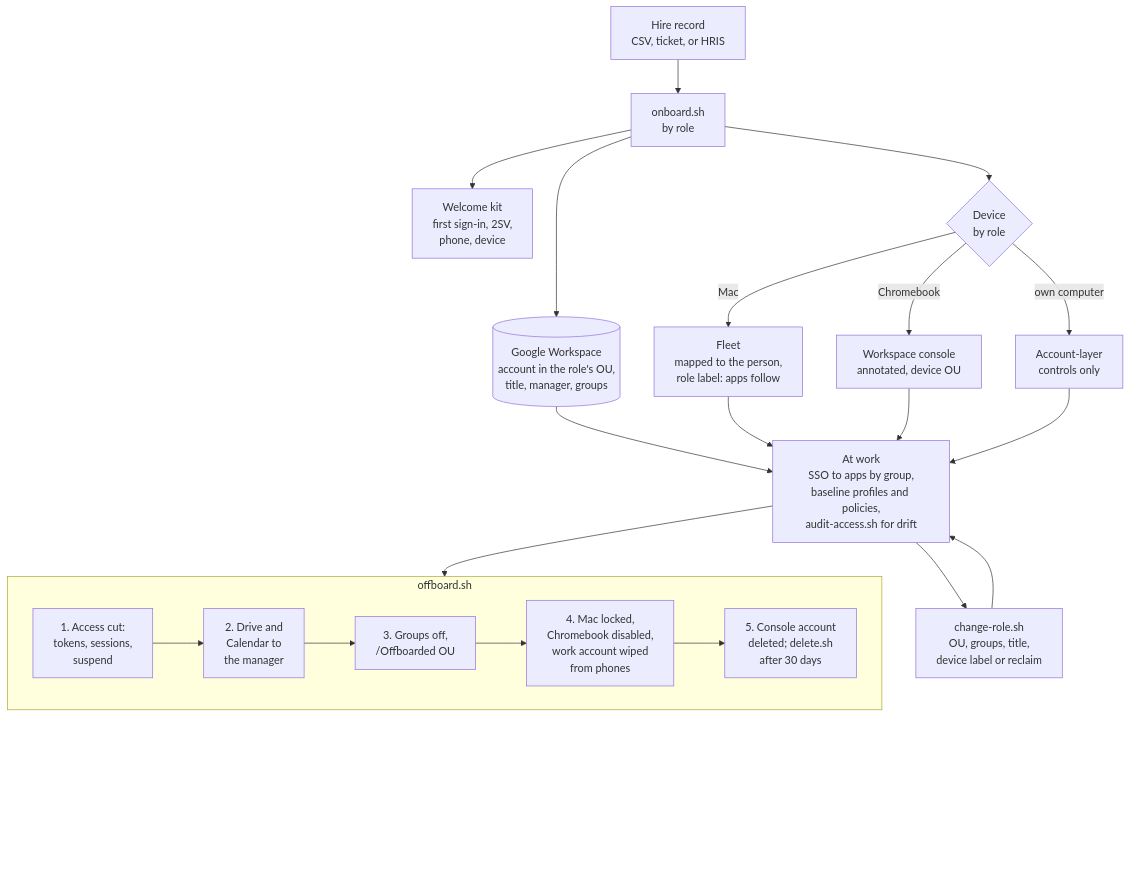
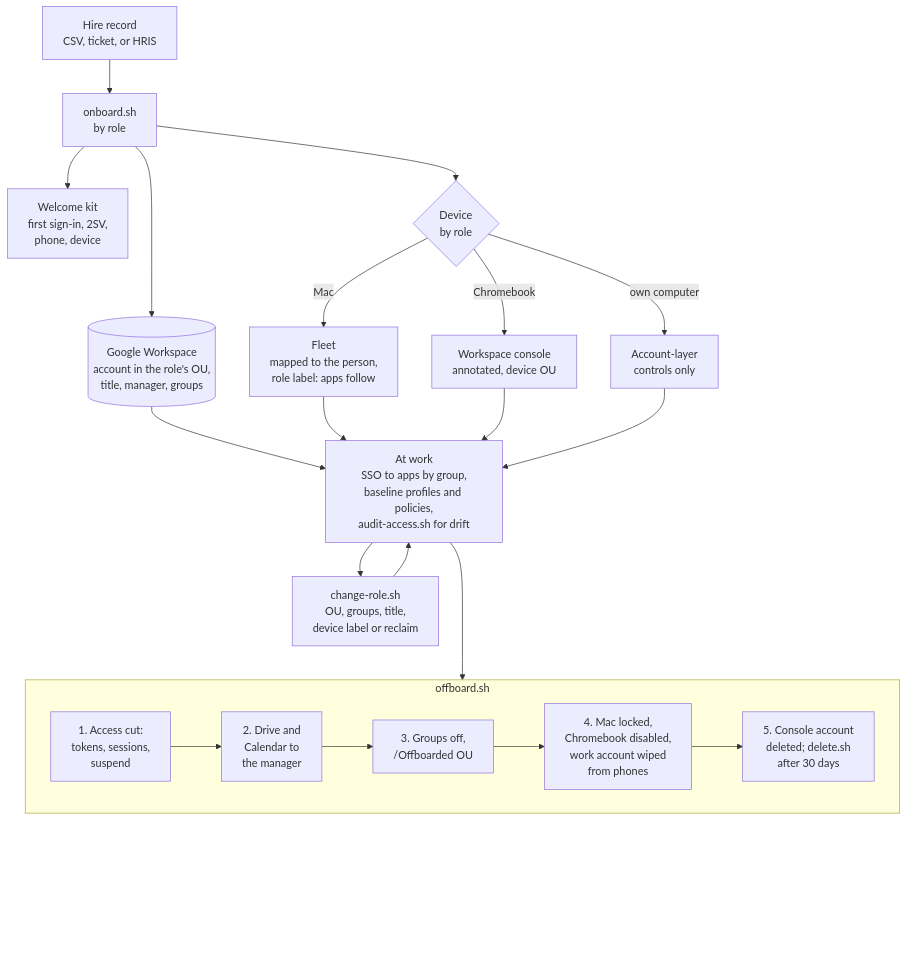
Before and after one commit to tjcollins321/endpoint-identity-lab: the diagram in README.md, drawn with Mermaid.

Commit message:
README: the offboarding row one tier below change-role.sh

````diff
--- a/README.md
+++ b/README.md
@@ -25,26 +25,26 @@
 ```mermaid
 flowchart TB
   HR["Hire record<br/>CSV, ticket, or HRIS"] --> ON["onboard.sh<br/>by role"]
   ON --> WS[("Google Workspace<br/>account in the role's OU,<br/>title, manager, groups")]
   ON --> KIT["Welcome kit<br/>first sign-in, 2SV,<br/>phone, device"]
   ON --> DEV{"Device<br/>by role"}
   DEV -->|Mac| FL["Fleet<br/>mapped to the person,<br/>role label: apps follow"]
   DEV -->|Chromebook| CR["Workspace console<br/>annotated, device OU"]
   DEV -->|own computer| BYOD["Account-layer<br/>controls only"]
   WS --> WORK["At work<br/>SSO to apps by group,<br/>baseline profiles and policies,<br/>audit-access.sh for drift"]
   FL --> WORK
   CR --> WORK
   BYOD --> WORK
   WORK --> CH["change-role.sh<br/>OU, groups, title,<br/>device label or reclaim"]
   CH --> WORK
-  WORK --> LEAVE
+  WORK ---> LEAVE
   subgraph LEAVE["offboard.sh"]
     direction LR
     O1["1. Access cut:<br/>tokens, sessions,<br/>suspend"] --> O2["2. Drive and<br/>Calendar to<br/>the manager"]
     O2 --> O3["3. Groups off,<br/>/Offboarded OU"]
     O3 --> O4["4. Mac locked,<br/>Chromebook disabled,<br/>work account wiped<br/>from phones"]
     O4 --> O5["5. Console account<br/>deleted; delete.sh<br/>after 30 days"]
   end
   LEAVE ~~~~~~ PAD[" "]
   style PAD fill:none,stroke:none
 ```
````
